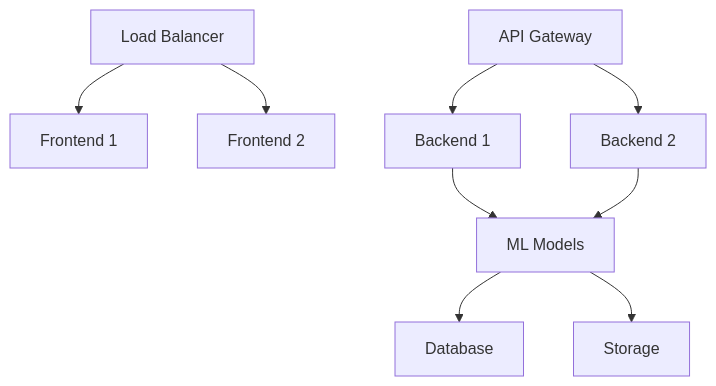
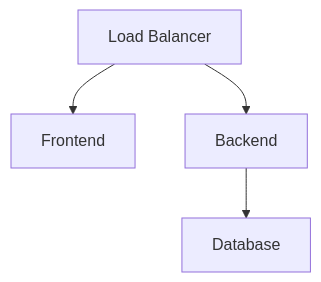
One commit to BTech20/biometric-auth-system changed diagram 15 of 15 in ARCHITECTURE.md. Above: the diagram before and after it, drawn with Mermaid. The commit also changed other lines of this file, not shown here.

First line of the commit message:
Ultra-simplify Mermaid diagrams to basic graph syntax

````diff
--- a/ARCHITECTURE.md
+++ b/ARCHITECTURE.md
@@ -371,11 +297,6 @@
 ```mermaid
-flowchart TB
-    A[Load Balancer] --> B[Frontend 1]
-    A --> C[Frontend 2]
-    D[API Gateway] --> E[Backend 1]
-    D --> F[Backend 2]
-    E --> G[ML Models]
-    F --> G
-    G --> H[Database]
-    G --> I[Storage]
+graph TD
+    A[Load Balancer] --> B[Frontend]
+    A --> C[Backend]
+    C --> D[Database]
 ```
````
